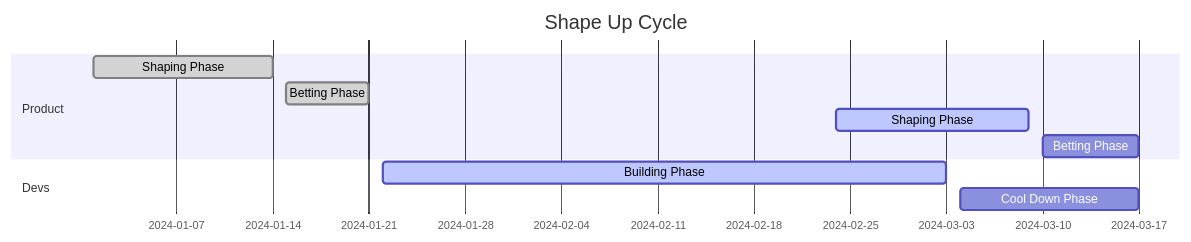
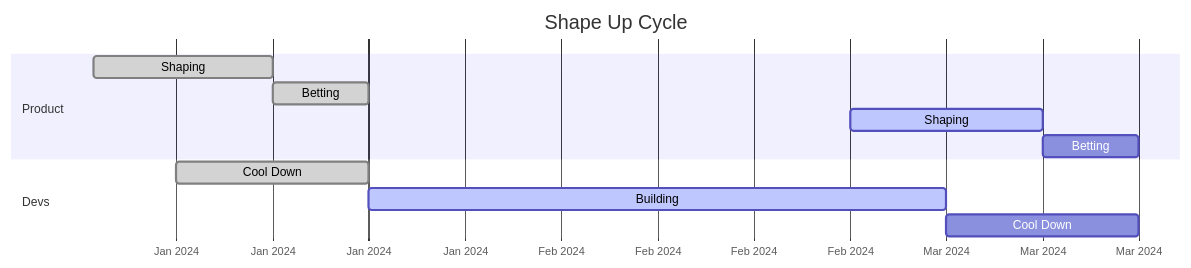
Before and after one commit to sylhare/sylhare.github.io: the first of 2 diagrams in _posts/2024/2024-12-17-Shape-up-product.md, drawn with Mermaid. The commit also changed other lines of this file, not shown here.

Commit message:
Update Shape up article

````diff
--- a/_posts/2024/2024-12-17-Shape-up-product.md
+++ b/_posts/2024/2024-12-17-Shape-up-product.md
@@ -67,13 +69,15 @@
 ```mermaid
 gantt
     title Shape Up Cycle
     dateFormat  YYYY-MM-DD
+    axisFormat  %b %Y
     section Product
-    Shaping Phase       :done, 2024-01-01, 2024-01-14
-    Betting Phase       :done, 2024-01-15, 2024-01-21
-    Shaping Phase       :active, 2024-02-24, 2024-03-09
-    Betting Phase       : 2024-03-10, 2024-03-17
+    Shaping       :done, 2024-01-01, 2024-01-14
+    Betting       :done, 2024-01-14, 2024-01-21
+    Shaping       :active, 2024-02-25, 2024-03-10
+    Betting       : 2024-03-10, 2024-03-17
     section Devs
-    Building Phase      :active, 2024-01-22, 2024-03-03
-    Cool Down Phase     : 2024-03-04, 2024-03-17
+    Cool Down     :done, 2024-01-07, 2024-01-21
+    Building      :active, 2024-01-21, 2024-03-03
+    Cool Down     : 2024-03-03, 2024-03-17
 ```
````
